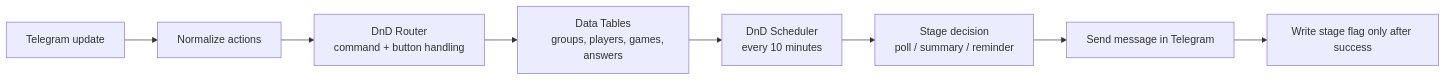
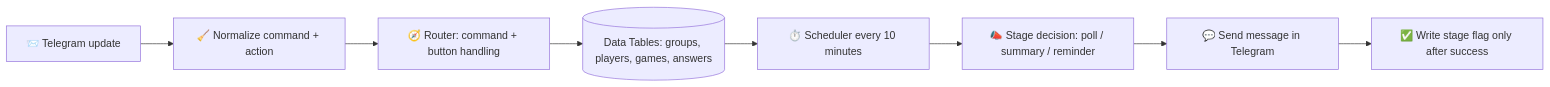
The diagram in projects/dnd-session-organizer-bot/README.md (RimmaMaevaL/portfolio), drawn with Mermaid before and after one commit. The commit also changed other lines of this file and 8 other files, not shown here.

````diff
--- a/projects/dnd-session-organizer-bot/README.md
+++ b/projects/dnd-session-organizer-bot/README.md
@@ -25,14 +34,10 @@
 ```mermaid
 flowchart LR
-    A[Telegram update] --> B[Normalize actions]
-    B --> C[DnD Router
-    command + button handling]
-    C --> D[Data Tables
-    groups, players, games, answers]
-    D --> E[DnD Scheduler
-    every 10 minutes]
-    E --> F[Stage decision
-    poll / summary / reminder]
-    F --> G[Send message in Telegram]
-    G --> H[Write stage flag only after success]
+    A[📨 Telegram update] --> B[🧹 Normalize command + action]
+    B --> C[🧭 Router: command + button handling]
+    C --> D[(Data Tables: groups, players, games, answers)]
+    D --> E[⏱️ Scheduler every 10 minutes]
+    E --> F[📣 Stage decision: poll / summary / reminder]
+    F --> G[💬 Send message in Telegram]
+    G --> H[✅ Write stage flag only after success]
 ```
````
